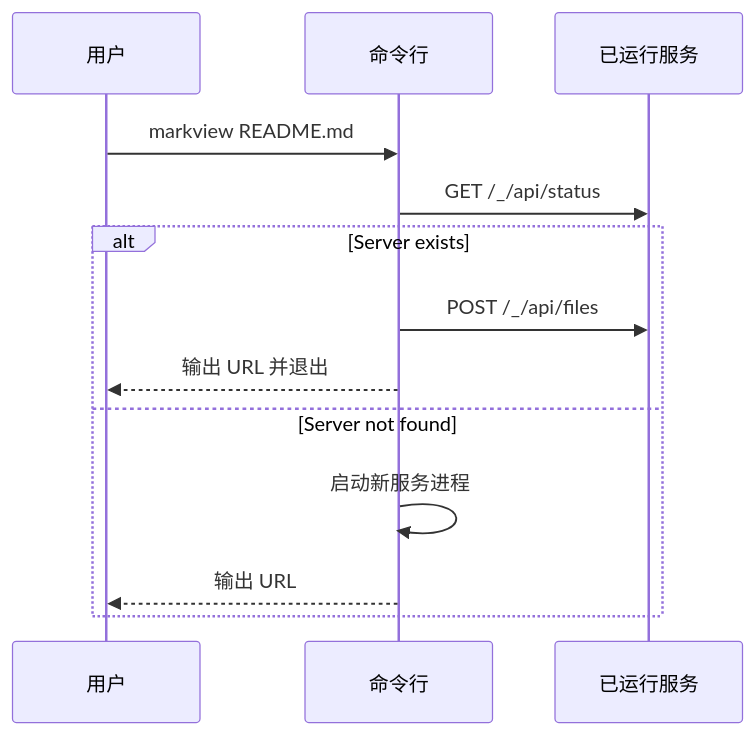
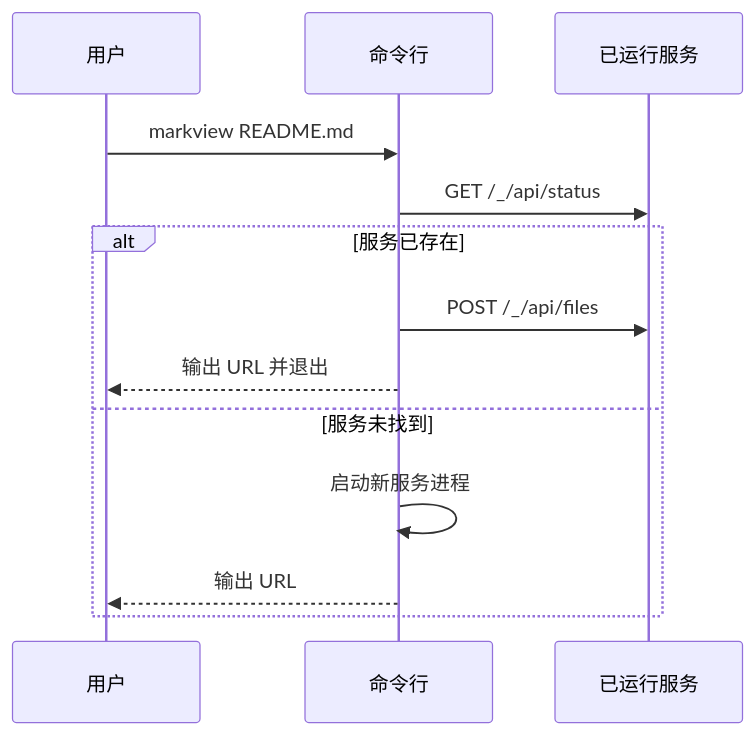
Before and after one commit to kooksee/markview: the second of 3 diagrams in docs/architecture.md, drawn with Mermaid. The commit also changed other lines of this file and 3 other files, not shown here.

````diff
--- a/docs/architecture.md
+++ b/docs/architecture.md
@@ -47,16 +47,16 @@
 ```mermaid
 sequenceDiagram
     participant U as 用户
     participant C as 命令行
     participant S as 已运行服务
 
     U->>C: markview README.md
     C->>S: GET /_/api/status
-    alt Server exists
+    alt 服务已存在
         C->>S: POST /_/api/files
         C-->>U: 输出 URL 并退出
-    else Server not found
+    else 服务未找到
         C->>C: 启动新服务进程
         C-->>U: 输出 URL
     end
 ```
````
